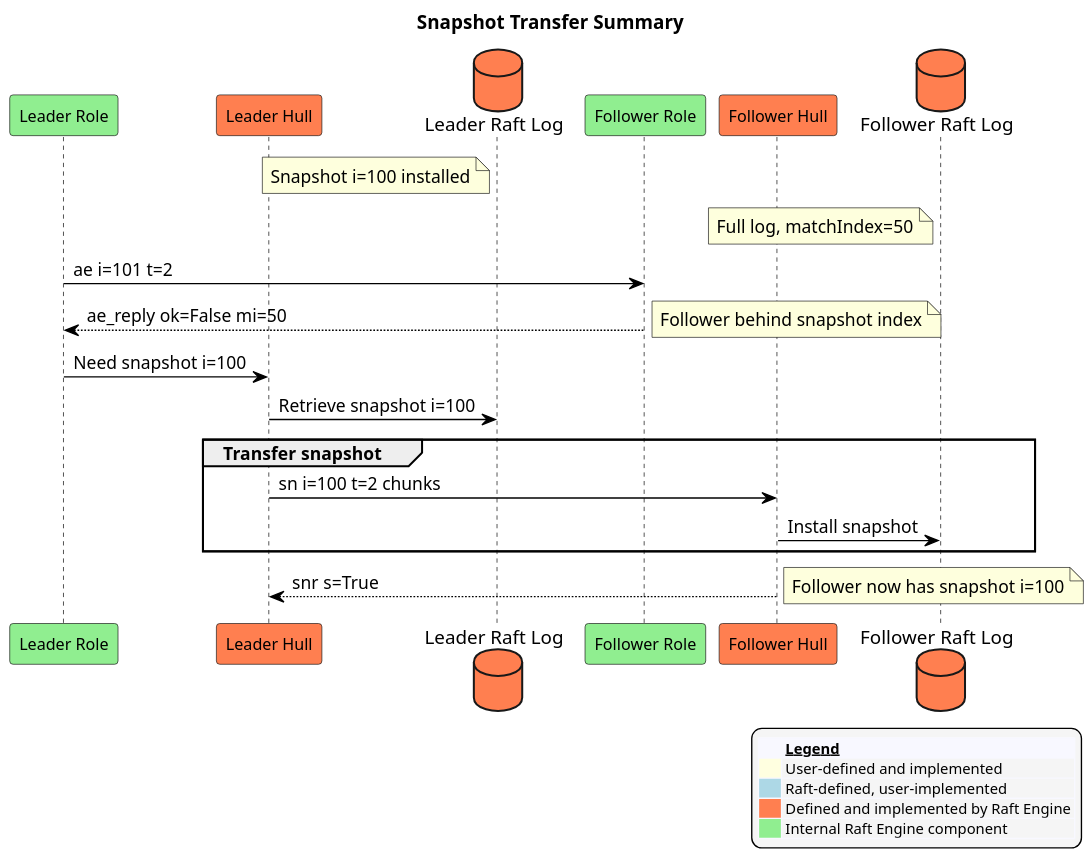
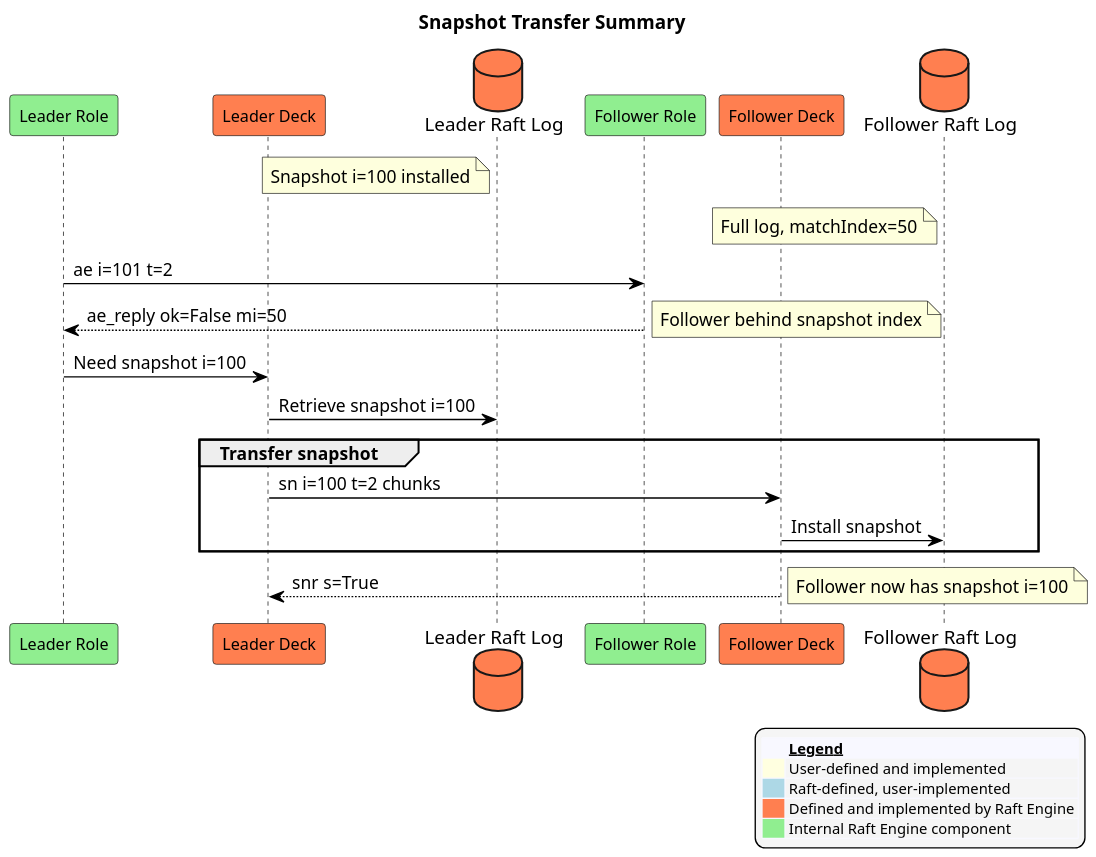
The diagram in docs/source/_static/diagrams/snapshot_transfer_summary.puml (dlparker/raftengine), drawn with PlantUML before and after one commit. The commit also changed 43 other files, not shown here.

Commit message:
renamed HullAPI and all references to it to DeckAPI

```diff
--- a/docs/source/_static/diagrams/snapshot_transfer_summary.puml
+++ b/docs/source/_static/diagrams/snapshot_transfer_summary.puml
@@ -1,46 +1,46 @@
 @startuml
 !pragma ratio 0.7
 skinparam dpi 150
 skinparam monochrome false
 skinparam sequence {
   ArrowColor Black
   ActorBorderColor Black
   LifeLineBorderColor Black
   ParticipantFontSize 12
   Padding 10
 }
 skinparam legend {
   BackgroundColor #F5F5F5
   FontSize 11
 }
 title Snapshot Transfer Summary
 
 participant "Leader Role" as leader order 10 #Lightgreen
-participant "Leader Hull" as l_hull order 20 #Coral
+participant "Leader Deck" as l_deck order 20 #Coral
 database "Leader Raft Log" as l_log order 30 #Coral
 participant "Follower Role" as follower order 40 #Lightgreen
-participant "Follower Hull" as f_hull order 50 #Coral
+participant "Follower Deck" as f_deck order 50 #Coral
 database "Follower Raft Log" as f_log order 60 #Coral
 
 note left of l_log: Snapshot i=100 installed
 note left of f_log: Full log, matchIndex=50
 leader -> follower: ae i=101 t=2
 follower --> leader: ae_reply ok=False mi=50
 note right: Follower behind snapshot index
-leader -> l_hull: Need snapshot i=100
-l_hull -> l_log: Retrieve snapshot i=100
+leader -> l_deck: Need snapshot i=100
+l_deck -> l_log: Retrieve snapshot i=100
 group Transfer snapshot
-  l_hull -> f_hull: sn i=100 t=2 chunks
-  f_hull -> f_log: Install snapshot
+  l_deck -> f_deck: sn i=100 t=2 chunks
+  f_deck -> f_log: Install snapshot
 end
-f_hull --> l_hull: snr s=True
+f_deck --> l_deck: snr s=True
 note right: Follower now has snapshot i=100
 
 legend right
   <#GhostWhite,#GhostWhite>|      |= __Legend__ |
   |<#Lightyellow>| User-defined and implemented |
   |<#Lightblue>| Raft-defined, user-implemented |
   |<#Coral>| Defined and implemented by Raft Engine |
   |<#Lightgreen>| Internal Raft Engine component |
 endlegend
 @enduml
```
